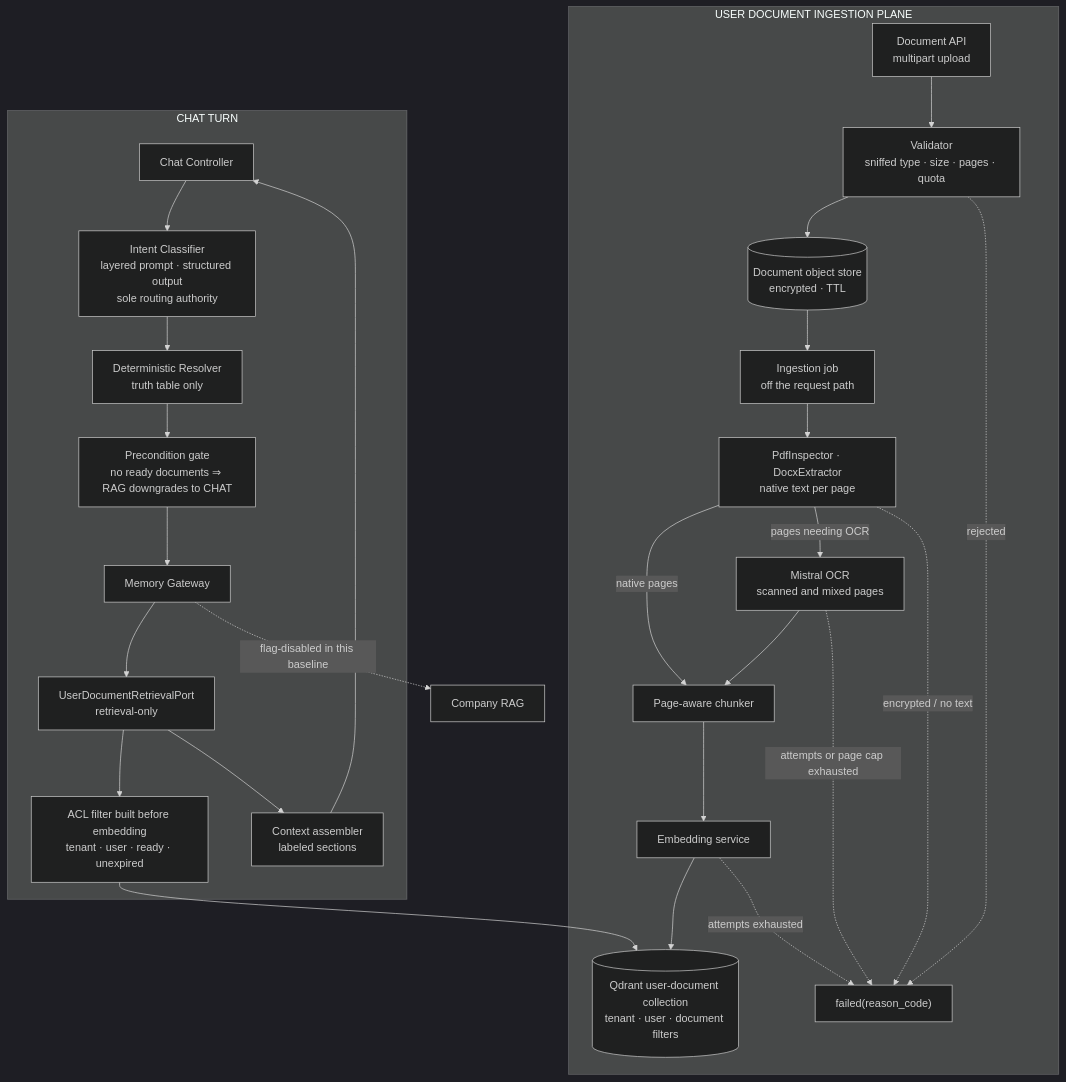
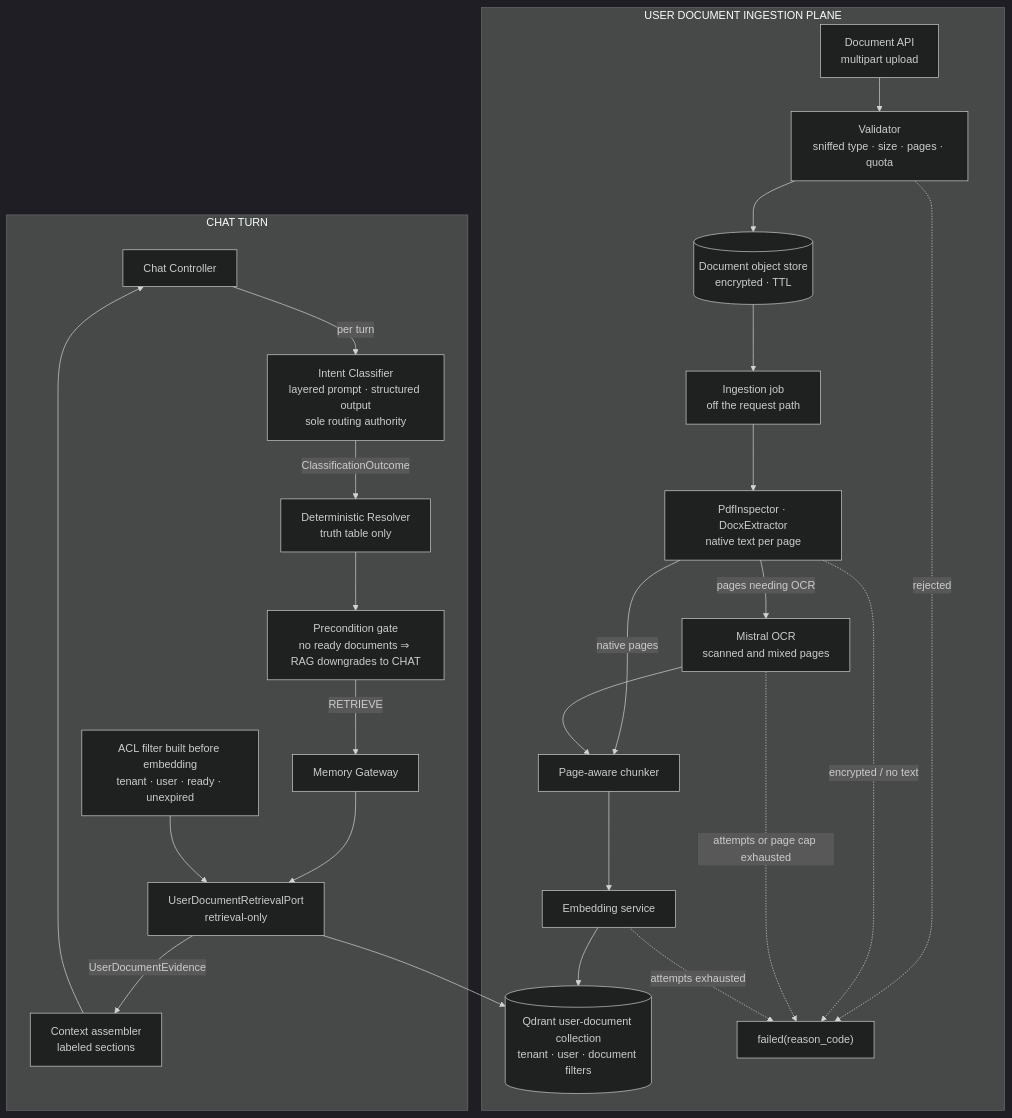
One commit to MathematicGuy/EMAIL-AGENT-v1 changed the second of 2 diagrams in docs/architectures/TARGET-ARCHITECTURE.md. Above: the diagram before and after it, drawn with Mermaid (dark theme). The commit also changed other lines of this file and 17 other files, not shown here.

````diff
--- a/docs/architectures/TARGET-ARCHITECTURE.md
+++ b/docs/architectures/TARGET-ARCHITECTURE.md
@@ -2026,39 +196,41 @@
 ```mermaid
 flowchart TB
     subgraph INGEST["USER DOCUMENT INGESTION PLANE"]
         UP["Document API<br/>multipart upload"]
         VALID["Validator<br/>sniffed type · size · pages · quota"]
         OBJ[("Document object store<br/>encrypted · TTL")]
         JOB["Ingestion job<br/>off the request path"]
         DETECT["PdfInspector · DocxExtractor<br/>native text per page"]
         OCR["Mistral OCR<br/>scanned and mixed pages"]
         PCHUNK["Page-aware chunker"]
         UEMBED["Embedding service"]
         UINDEX[("Qdrant user-document collection<br/>tenant · user · document filters")]
         UFAIL["failed(reason_code)"]
     end
 
     UP --> VALID --> OBJ --> JOB --> DETECT
     DETECT -->|native pages| PCHUNK
     DETECT -->|pages needing OCR| OCR --> PCHUNK
     PCHUNK --> UEMBED --> UINDEX
     VALID -.->|"rejected"| UFAIL
     DETECT -.->|"encrypted / no text"| UFAIL
     OCR -.->|"attempts or page cap exhausted"| UFAIL
     UEMBED -.->|"attempts exhausted"| UFAIL
 
     subgraph CHATTURN["CHAT TURN"]
         CHAT["Chat Controller"]
         CLS["Intent Classifier<br/>layered prompt · structured output<br/>sole routing authority"]
         RES["Deterministic Resolver<br/>truth table only"]
         GATE["Precondition gate<br/>no ready documents ⇒ RAG downgrades to CHAT"]
         GW["Memory Gateway"]
         DOCPORT["UserDocumentRetrievalPort<br/>retrieval-only"]
         DACL["ACL filter built before embedding<br/>tenant · user · ready · unexpired"]
         CTX["Context assembler<br/>labeled sections"]
     end
 
-    CHAT --> CLS --> RES --> GATE --> GW --> DOCPORT --> DACL --> UINDEX
-    GW -.->|"flag-disabled in this baseline"| COMPANY["Company RAG"]
-    DOCPORT --> CTX --> CHAT
+    CHAT -->|per turn| CLS -->|ClassificationOutcome| RES
+    RES --> GATE
+    GATE -->|RETRIEVE| GW --> DOCPORT
+    DACL --> DOCPORT --> UINDEX
+    DOCPORT -->|UserDocumentEvidence| CTX --> CHAT
 ```
````
